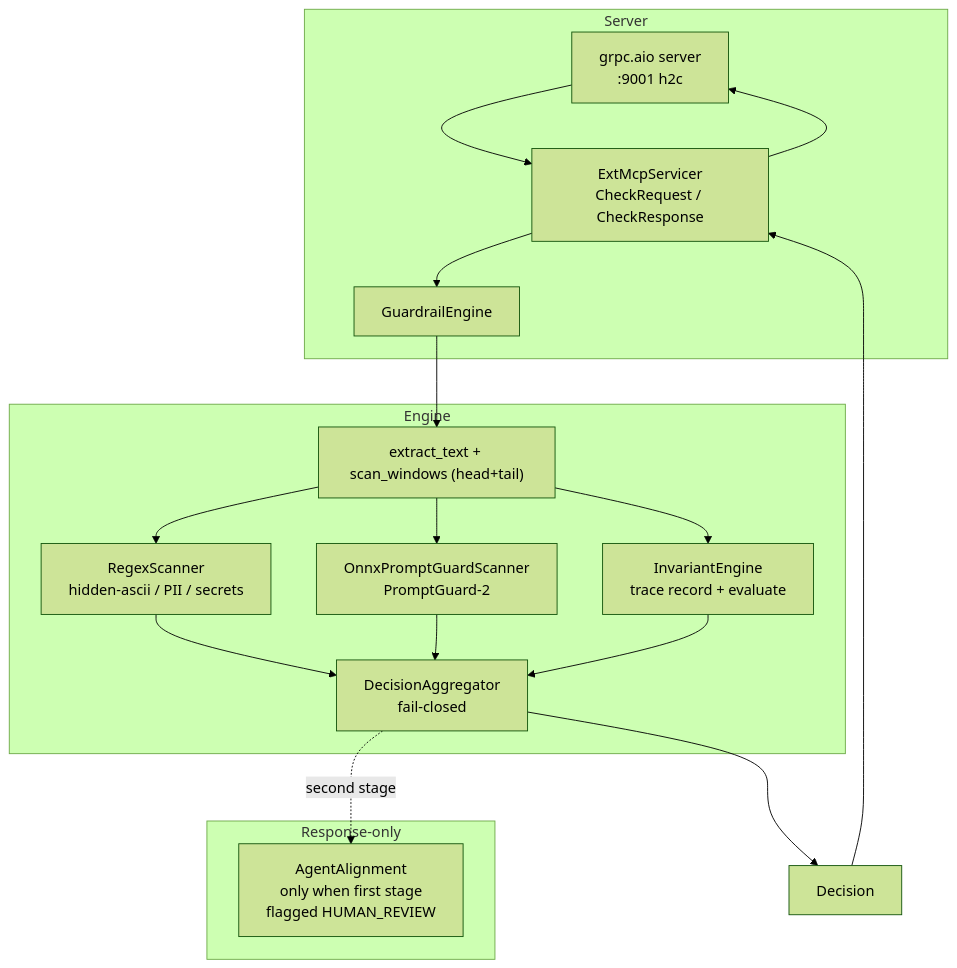
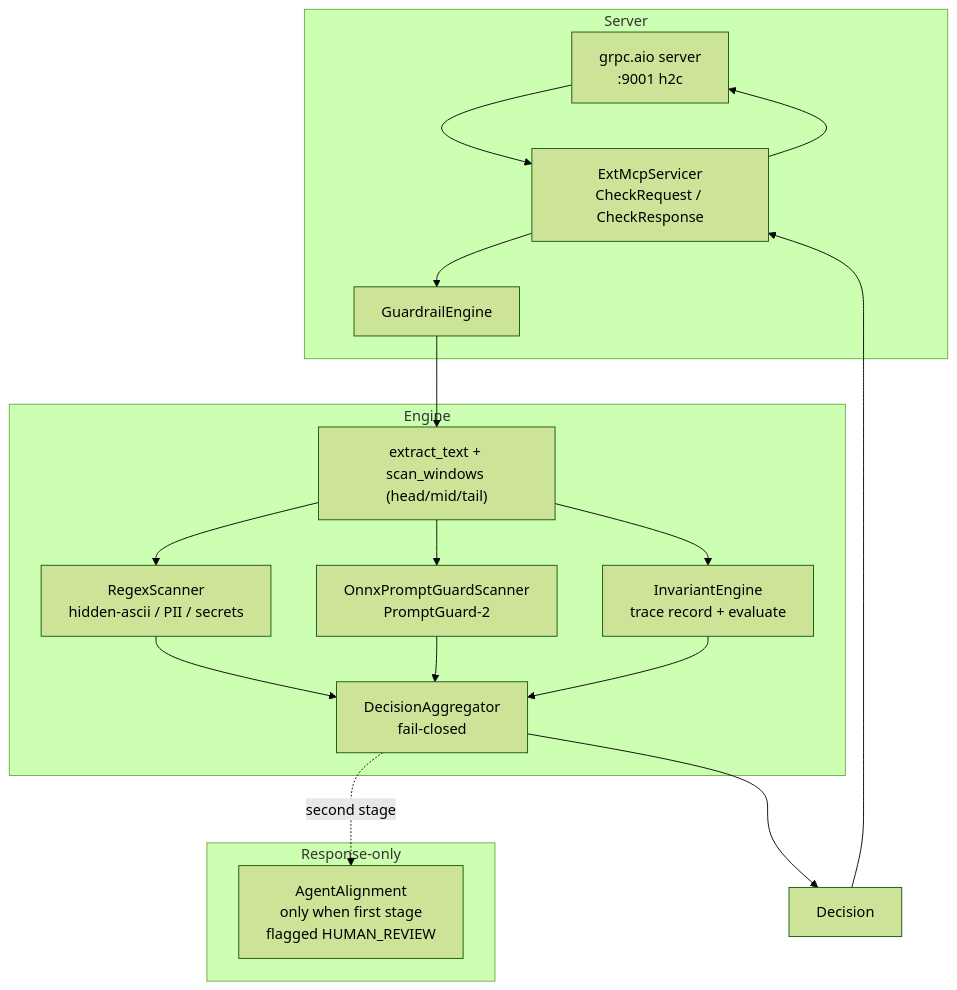
The second of 2 diagrams in README.md (soulwhisper/mcp-guardrails), drawn with Mermaid (forest theme) before and after one commit. The commit also changed other lines of this file and 19 other files, not shown here.

````diff
--- a/README.md
+++ b/README.md
@@ -72,28 +73,28 @@
 ```mermaid
 flowchart TD
     subgraph Server
         GRPC[grpc.aio server<br/>:9001 h2c]
         SVC[ExtMcpServicer<br/>CheckRequest / CheckResponse]
         GRPC --> SVC
         SVC --> ENG[GuardrailEngine]
     end
 
     subgraph Engine
-        ENG --> EXT["extract_text + scan_windows (head+tail)"]
+        ENG --> EXT["extract_text + scan_windows (head/mid/tail)"]
         EXT --> RX[RegexScanner<br/>hidden-ascii / PII / secrets]
         EXT --> PG[OnnxPromptGuardScanner<br/>PromptGuard-2]
         EXT --> INV[InvariantEngine<br/>trace record + evaluate]
         RX --> AGG
         PG --> AGG
         INV --> AGG
         AGG[DecisionAggregator<br/>fail-closed]
     end
 
     subgraph Response-only
         AGG -. second stage .-> AA[AgentAlignment<br/>only when first stage<br/>flagged HUMAN_REVIEW]
     end
 
     AGG --> DEC[Decision]
     DEC --> SVC
     SVC --> GRPC
 ```
````
